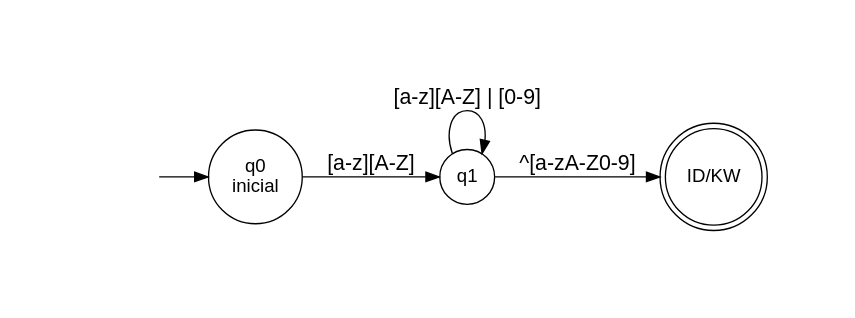
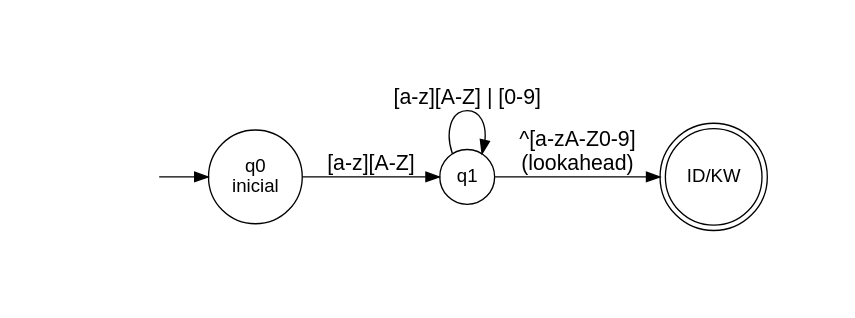
Before and after one commit to miguelhenriquecbl/LINGUAGENS-FORMAIS-AUT-MATOS-E-COMPILADORES: the diagram in Trabalho/analisador-lexico/AFDs/codigo/afd_identificadores.dot, drawn with Graphviz. The commit also changed 4 other files, not shown here.

```diff
--- a/Trabalho/analisador-lexico/AFDs/codigo/afd_identificadores.dot
+++ b/Trabalho/analisador-lexico/AFDs/codigo/afd_identificadores.dot
@@ -1,28 +1,28 @@
 digraph afd_identificadores {
     rankdir=LR;
     nodesep=0.4;
     pad=0.8;
     node [shape=circle, fontname="Arial"];
     edge [fontname="Arial", fontsize=16];
 
     /* estado invisível pra seta de entrada */
     inicio [shape=none, label=""];
 
     /* Estado Inicial */
     q0 [label="q0\ninicial"];
 
     /* estados intermediários */
     q1 [label="q1"];
 
     /* Palavras reservadas, Identificador e Tipos Números  */
     qID_KW [shape=doublecircle label="ID/KW"];
 
     /* seta de entrada */
     inicio -> q0;
 
     /* q0 -> estados intermediários */
     q0 -> q1 [label="[a-z][A-Z]"];
     q1 -> q1 [label="[a-z][A-Z] | [0-9]"];
-    q1 -> qID_KW [label="^[a-zA-Z0-9]"];
+    q1 -> qID_KW [label="^[a-zA-Z0-9]\n(lookahead)"];
 
 }
```
